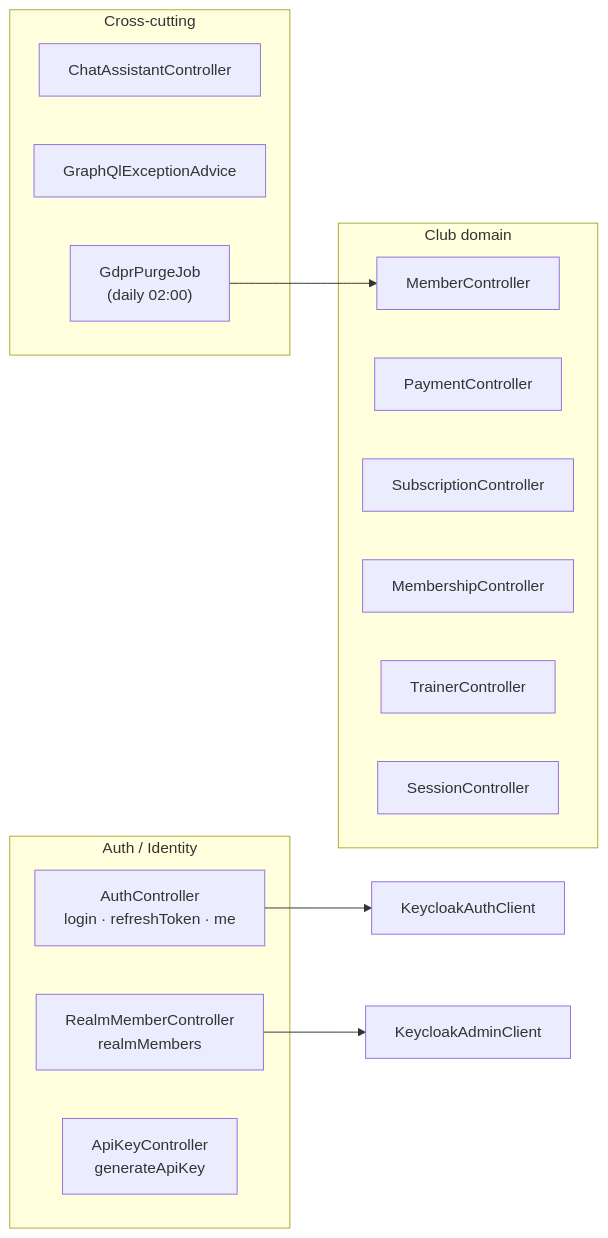
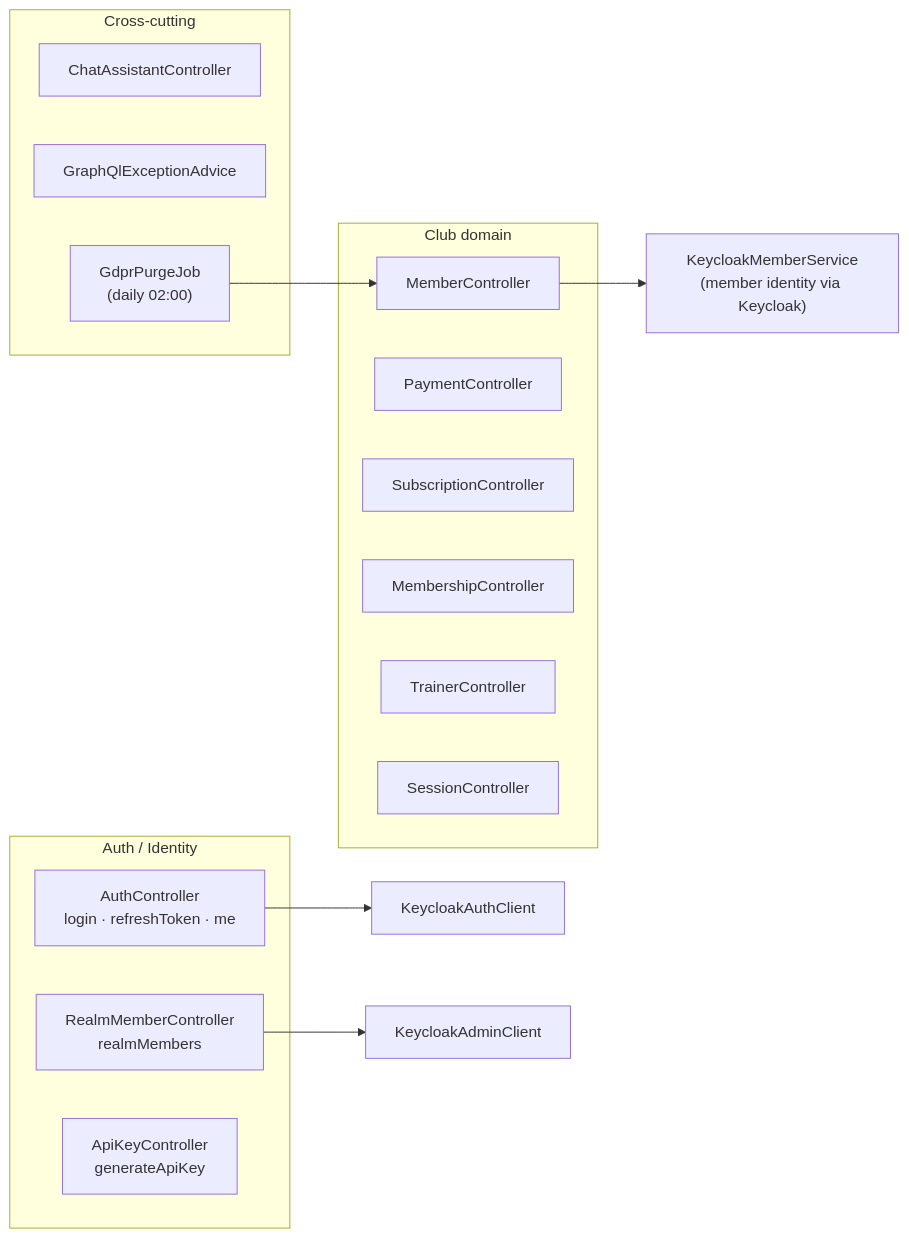
One commit to totopoloco/dbchatbox changed the tenth of 12 diagrams in docs/architecture.md. Above: the diagram before and after it, drawn with Mermaid. The commit also changed other lines of this file and 1 other file, not shown here.

Commit message:
updates in the architecture

````diff
--- a/docs/architecture.md
+++ b/docs/architecture.md
@@ -274,27 +349,28 @@
 ```mermaid
 graph LR
     subgraph Auth["Auth / Identity"]
         AUTH["AuthController<br/>login · refreshToken · me"]
         RMC["RealmMemberController<br/>realmMembers"]
         AKC["ApiKeyController<br/>generateApiKey"]
     end
 
     subgraph Club["Club domain"]
         MBC["MemberController"]
         PYC["PaymentController"]
         SBC["SubscriptionController"]
         MSC["MembershipController"]
         TRC["TrainerController"]
         SCC["SessionController"]
     end
 
     subgraph Support["Cross-cutting"]
         CHT["ChatAssistantController"]
         ADV["GraphQlExceptionAdvice"]
         GDPR["GdprPurgeJob<br/>(daily 02:00)"]
     end
 
     AUTH --> KAC2["KeycloakAuthClient"]
     RMC  --> KADM2["KeycloakAdminClient"]
+    MBC  --> KMS2["KeycloakMemberService<br/>(member identity via Keycloak)"]
     GDPR --> MBC
 ```
````
